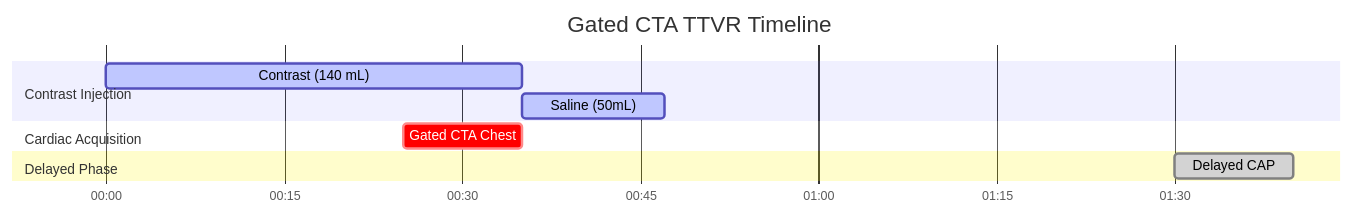
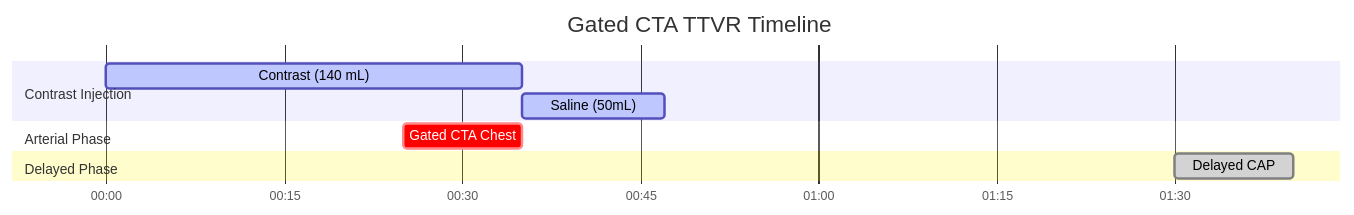
One commit to dfergs93/radiology-protocols changed the diagram in docs/ct/cardiac/gated-cta-ttvr.md. Above: the diagram before and after it, drawn with Mermaid. The commit also changed 79 other files, not shown here.

````diff
--- a/docs/ct/cardiac/gated-cta-ttvr.md
+++ b/docs/ct/cardiac/gated-cta-ttvr.md
@@ -85,18 +85,18 @@
   ```mermaid
   ---
   config:
     theme: default
   ---
     gantt
       title Gated CTA TTVR Timeline
       dateFormat mm:ss
       axisFormat %M:%S 
       
       section Contrast Injection
       Contrast (140 mL)    :active, contrast, 00:00, 35s
       Saline (50mL)          :active, saline, after contrast, 12s
-      section Cardiac Acquisition
-      Gated CTA Chest    :crit, scan2, 00:25, 10s
+      section Arterial Phase
+      Gated CTA Chest    :crit, scan1, 00:25, 10s
       section Delayed Phase
-      Delayed CAP    :done, scan3, 01:30, 10s
+      Delayed CAP    :done, scan2, 01:30, 10s
   ```
````
